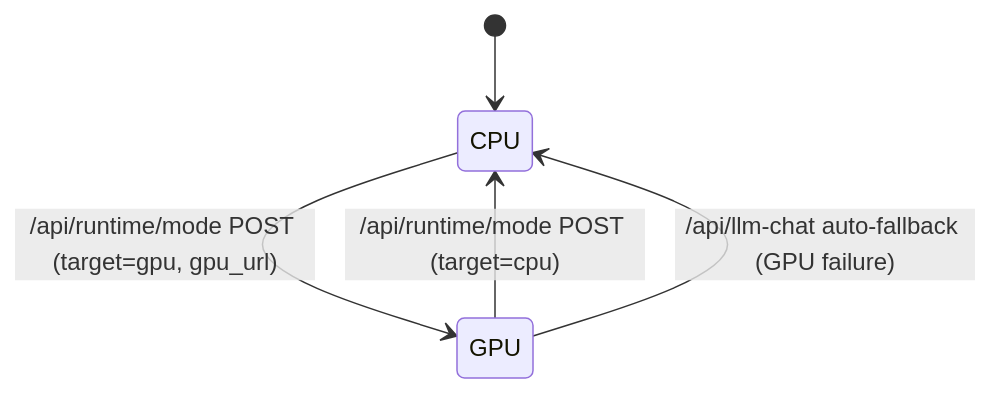
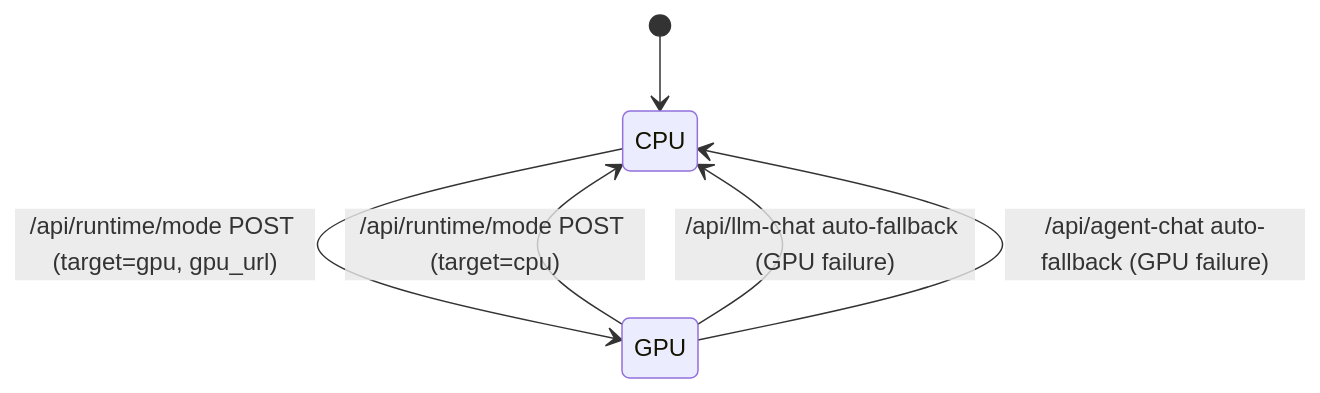
The fourth of 4 diagrams in ARCHITECTURE.md (caonguyenthanhan/aimed), drawn with Mermaid before and after one commit. The commit also changed other lines of this file and 15 other files, not shown here.

````diff
--- a/ARCHITECTURE.md
+++ b/ARCHITECTURE.md
@@ -97,7 +132,8 @@
 ```mermaid
 stateDiagram-v2
   [*] --> CPU
   CPU --> GPU: /api/runtime/mode POST (target=gpu, gpu_url)
   GPU --> CPU: /api/runtime/mode POST (target=cpu)
   GPU --> CPU: /api/llm-chat auto-fallback (GPU failure)
+  GPU --> CPU: /api/agent-chat auto-fallback (GPU failure)
 ```
````
